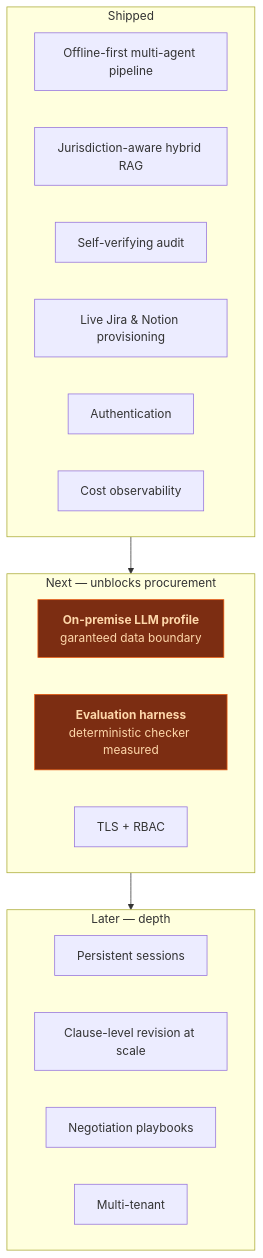
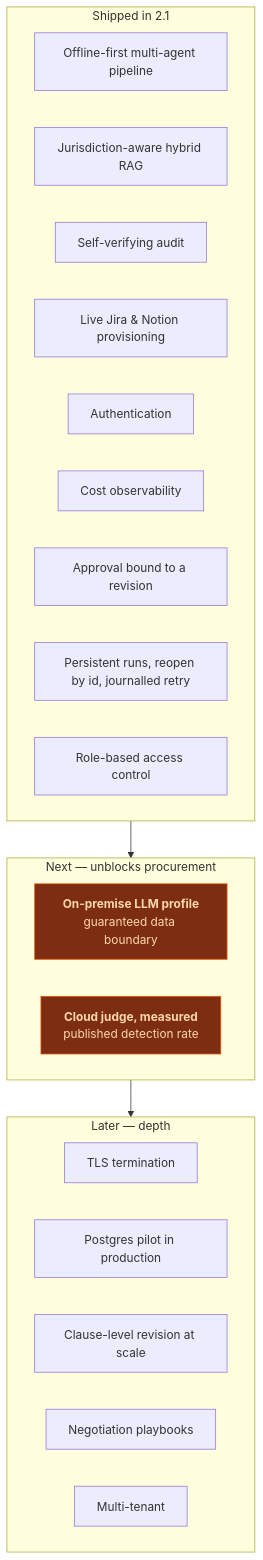
The first of 2 diagrams in docs/wiki/Roadmap.md (SergeyGer/SOWSprint.ai), drawn with Mermaid before and after one commit. The commit also changed other lines of this file and 15 other files, not shown here.

````diff
--- a/docs/wiki/Roadmap.md
+++ b/docs/wiki/Roadmap.md
@@ -5,29 +5,32 @@
 ```mermaid
 flowchart TB
-    subgraph now["Shipped"]
+    subgraph now["Shipped in 2.1"]
         N1["Offline-first multi-agent pipeline"]
         N2["Jurisdiction-aware hybrid RAG"]
         N3["Self-verifying audit"]
         N4["Live Jira &amp; Notion provisioning"]
         N5["Authentication"]
         N6["Cost observability"]
+        N7["Approval bound to a revision"]
+        N8["Persistent runs, reopen by id, journalled retry"]
+        N9["Role-based access control"]
     end
 
     subgraph next["Next — unblocks procurement"]
-        P1["<b>On-premise LLM profile</b><br/>garanteed data boundary"]
-        P2["<b>Evaluation harness</b><br/>deterministic checker measured"]
-        P3["TLS + RBAC"]
+        P1["<b>On-premise LLM profile</b><br/>guaranteed data boundary"]
+        P2["<b>Cloud judge, measured</b><br/>published detection rate"]
     end
 
     subgraph later["Later — depth"]
-        L1["Persistent sessions"]
-        L2["Clause-level revision at scale"]
-        L3["Negotiation playbooks"]
-        L4["Multi-tenant"]
+        L1["TLS termination"]
+        L2["Postgres pilot in production"]
+        L3["Clause-level revision at scale"]
+        L4["Negotiation playbooks"]
+        L5["Multi-tenant"]
     end
 
     now --> next --> later
 
     style P1 fill:#7c2d12,stroke:#ea580c,color:#fed7aa
     style P2 fill:#7c2d12,stroke:#ea580c,color:#fed7aa
 ```
````
